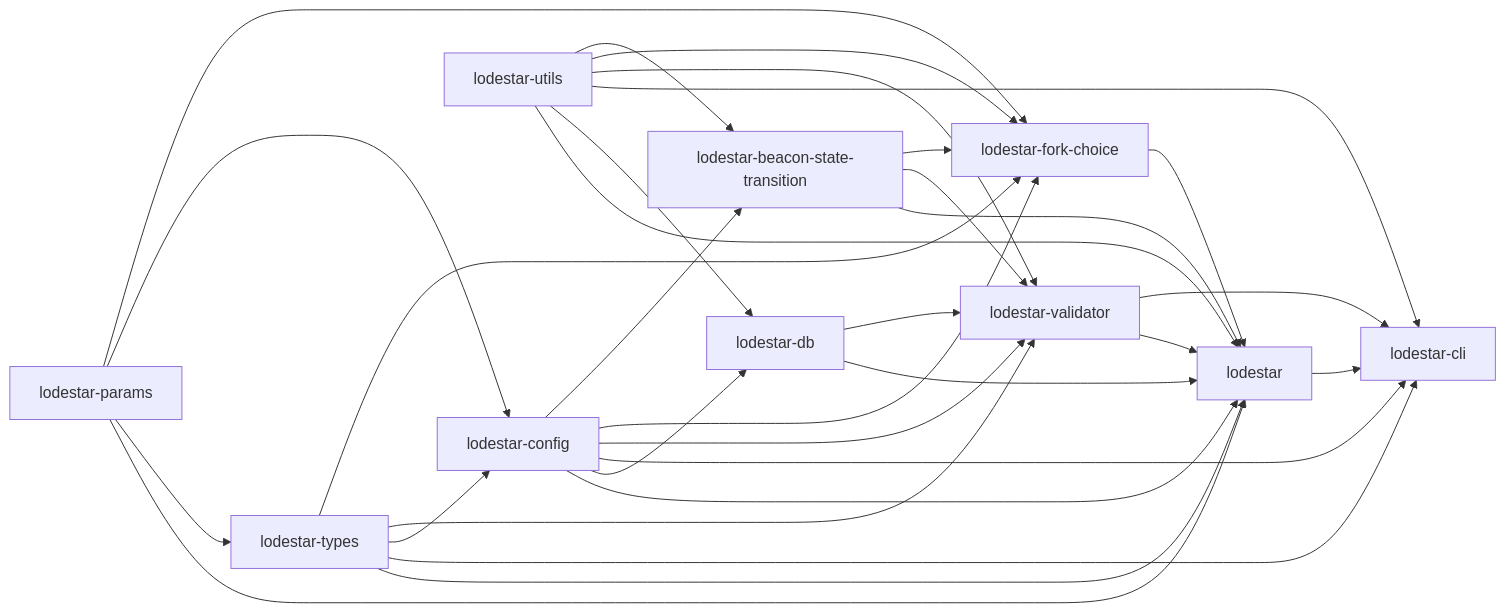
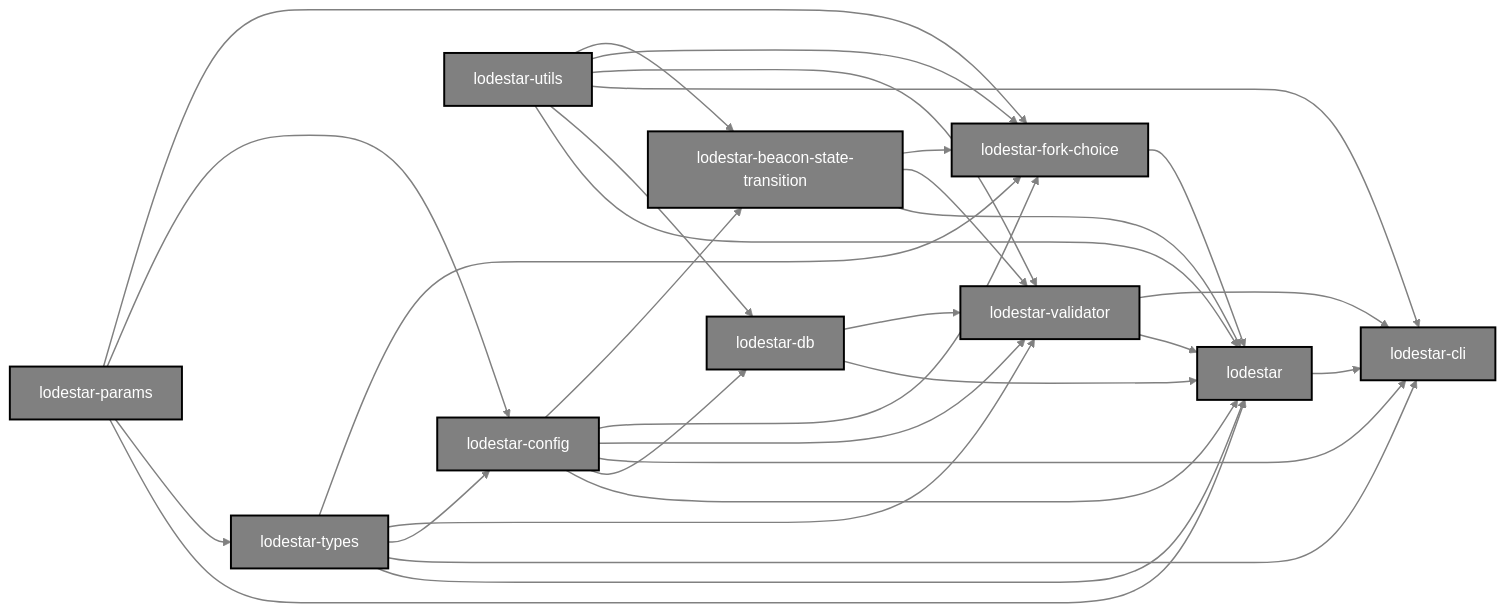
The diagram in docs/design/depgraph.md (ChainSafe/lodestar), drawn with Mermaid before and after one commit. The commit also changed 1 other file, not shown here.

Commit message:
dark and light theme compatible mermaid chart styling

````diff
--- a/docs/design/depgraph.md
+++ b/docs/design/depgraph.md
@@ -4,62 +4,65 @@
 ```mermaid
 graph LR
-    lodestar["lodestar"]
-    cli["lodestar-cli"]
-    config["lodestar-config"]
-    db["lodestar-db"]
-    fork-choice["lodestar-fork-choice"]
-    params["lodestar-params"]
-    types["lodestar-types"]
-    utils["lodestar-utils"]
-    validator["lodestar-validator"]
-    state-trans["lodestar-beacon-state-transition"]
+    lodestar["lodestar"]:::nodemodule
+    cli["lodestar-cli"]:::nodemodule
+    config["lodestar-config"]:::nodemodule
+    db["lodestar-db"]:::nodemodule
+    fork-choice["lodestar-fork-choice"]:::nodemodule
+    params["lodestar-params"]:::nodemodule
+    types["lodestar-types"]:::nodemodule
+    utils["lodestar-utils"]:::nodemodule
+    validator["lodestar-validator"]:::nodemodule
+    state-trans["lodestar-beacon-state-transition"]:::nodemodule
     
     state-trans-->lodestar
     config-->lodestar
     db-->lodestar
     params-->lodestar
     types-->lodestar
     utils-->lodestar
     validator-->lodestar
     fork-choice-->lodestar
     
     config-->db
     utils-->db
     
     lodestar-->cli
     config-->cli
     types-->cli
     utils-->cli
     validator-->cli
     
     params-->types
     
     params-->config
     types-->config
     
     state-trans-->validator
     config-->validator
     types-->validator
     utils-->validator
     db-->validator
     
     state-trans-->fork-choice
     config-->fork-choice
     params-->fork-choice
     types-->fork-choice
     utils-->fork-choice
     
     config-->state-trans
     utils-->state-trans
     
     click cli "https://github.com/ChainSafe/lodestar/tree/master/packages/lodestar-cli"
     click lodestar "https://github.com/ChainSafe/lodestar/tree/master/packages/lodestar"
     click validator "https://github.com/ChainSafe/lodestar/tree/master/packages/lodestar-validator"
     click db "https://github.com/ChainSafe/lodestar/tree/master/packages/lodestar-db"
     click params "https://github.com/ChainSafe/lodestar/tree/master/packages/lodestar-params"
     click state-trans "https://github.com/ChainSafe/lodestar/tree/master/packages/lodestar-beacon-state-transition"
     click fork-choice "https://github.com/ChainSafe/lodestar/tree/master/packages/lodestar-fork-choice"
     click types "https://github.com/ChainSafe/lodestar/tree/master/packages/lodestar-types"
     click utils "https://github.com/ChainSafe/lodestar/tree/master/packages/lodestar-utils"
     click config "https://github.com/ChainSafe/lodestar/tree/master/packages/lodestar-config"
+
+    classDef nodemodule fill:grey,stroke-width:2px,stroke:black,color:white;
+    linkStyle default stroke:grey, fill:none,stroke-width:1.5px;
 ```
````
